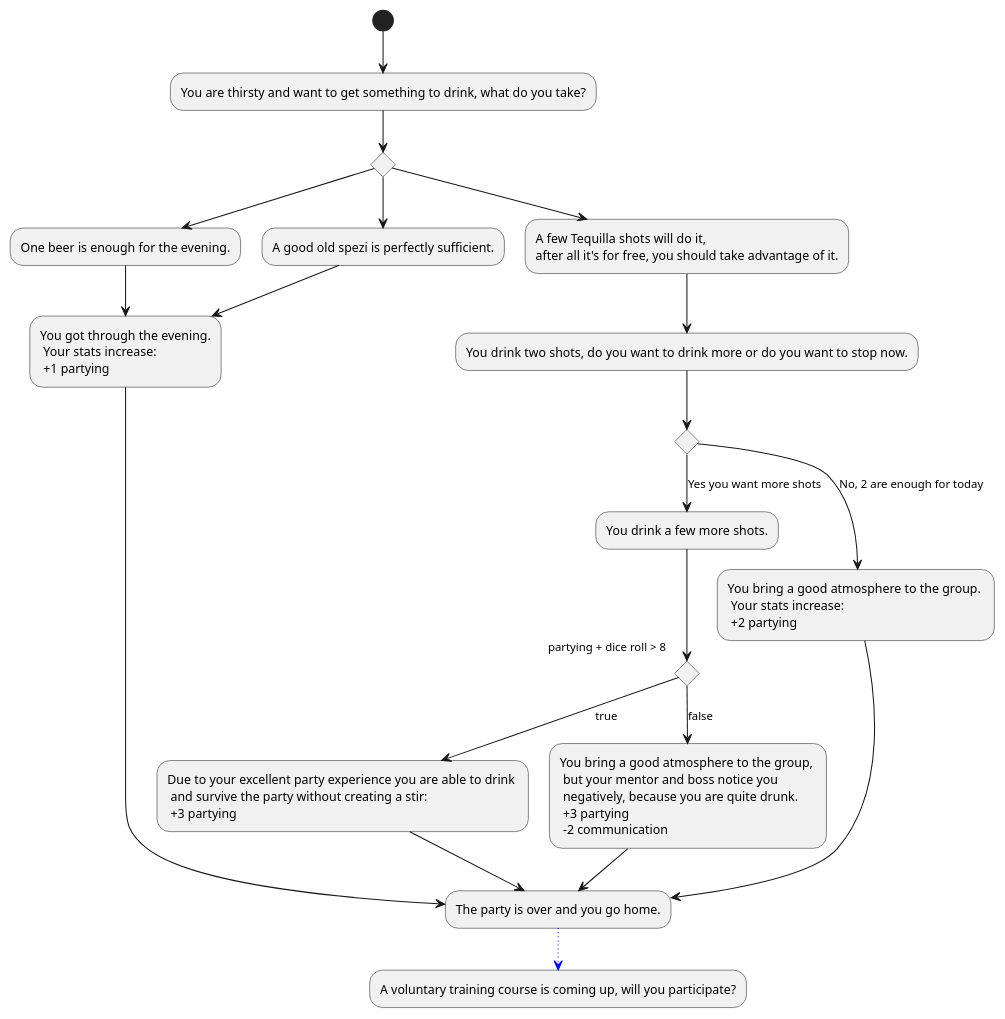
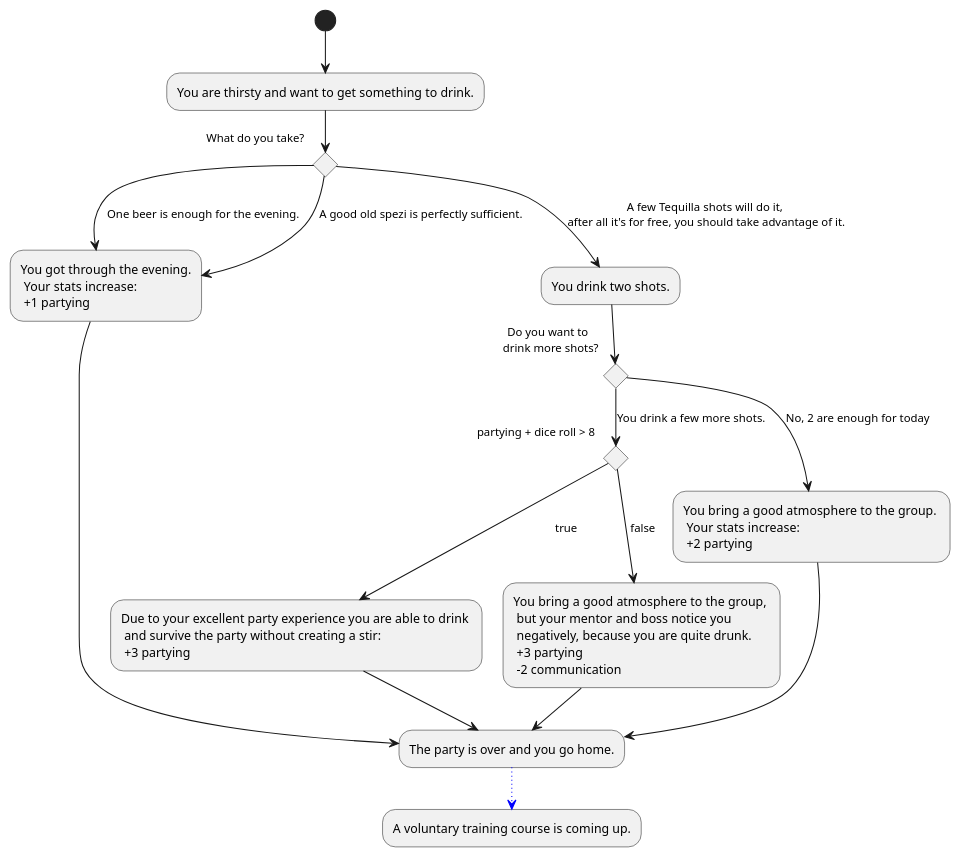
Before and after one commit to Brotenko/QualityQuest: the diagram in Docs/Technical Specifications/docs/diagrams/StoryFlow/StoryFlow_Decision_8.puml, drawn with PlantUML. The commit also changed 14 other files, not shown here.

```diff
--- a/Docs/Technical Specifications/docs/diagrams/StoryFlow/StoryFlow_Decision_8.puml
+++ b/Docs/Technical Specifications/docs/diagrams/StoryFlow/StoryFlow_Decision_8.puml
@@ -1,28 +1,24 @@
 @startuml
-(*) --> "You are thirsty and want to get something to drink, what do you take?" as alc
-if "" then 
---> "One beer is enough for the evening." as genießen
-genießen --> "You got through the evening.\n Your stats increase:\n +1 partying" as party
+(*) --> "You are thirsty and want to get something to drink."
+if "What do you take?" then 
+--> [One beer is enough for the evening.] "You got through the evening.\n Your stats increase:\n +1 partying" as lightParty
 else 
---> "A good old spezi is perfectly sufficient."
---> party
+--> [A good old spezi is perfectly sufficient.] lightParty
 else 
---> "A few Tequilla shots will do it, \nafter all it's for free, you should take advantage of it."
---> "You drink two shots, do you want to drink more or do you want to stop now."
-if "" then 
---> [Yes you want more shots] "You drink a few more shots."
-if "partying + dice roll > 8" as drink then 
+-->[A few Tequilla shots will do it, \nafter all it's for free, you should take advantage of it.]"You drink two shots."
+if "Do you want to \n drink more shots?" then 
+--> [You drink a few more shots.] if "partying + dice roll > 8" as drink then 
 --> [true] "Due to your excellent party experience you are able to drink \n and survive the party without creating a stir: \n +3 partying" as goodEnd
 else 
 --> [false] "You bring a good atmosphere to the group, \n but your mentor and boss notice you \n negatively, because you are quite drunk.\n +3 partying \n -2 communication" as heavydrunk
 endif
 else 
 --> [No, 2 are enough for today] "You bring a good atmosphere to the group. \n Your stats increase:\n +2 partying"
 endif
 --> "The party is over and you go home." as home
 heavydrunk --> home
-party --> home
+lightParty --> home
 goodEnd --> home
--[#blue,dotted]-> "A voluntary training course is coming up, will you participate?"
+-[#blue,dotted]-> "A voluntary training course is coming up."
 
 @enduml
```
